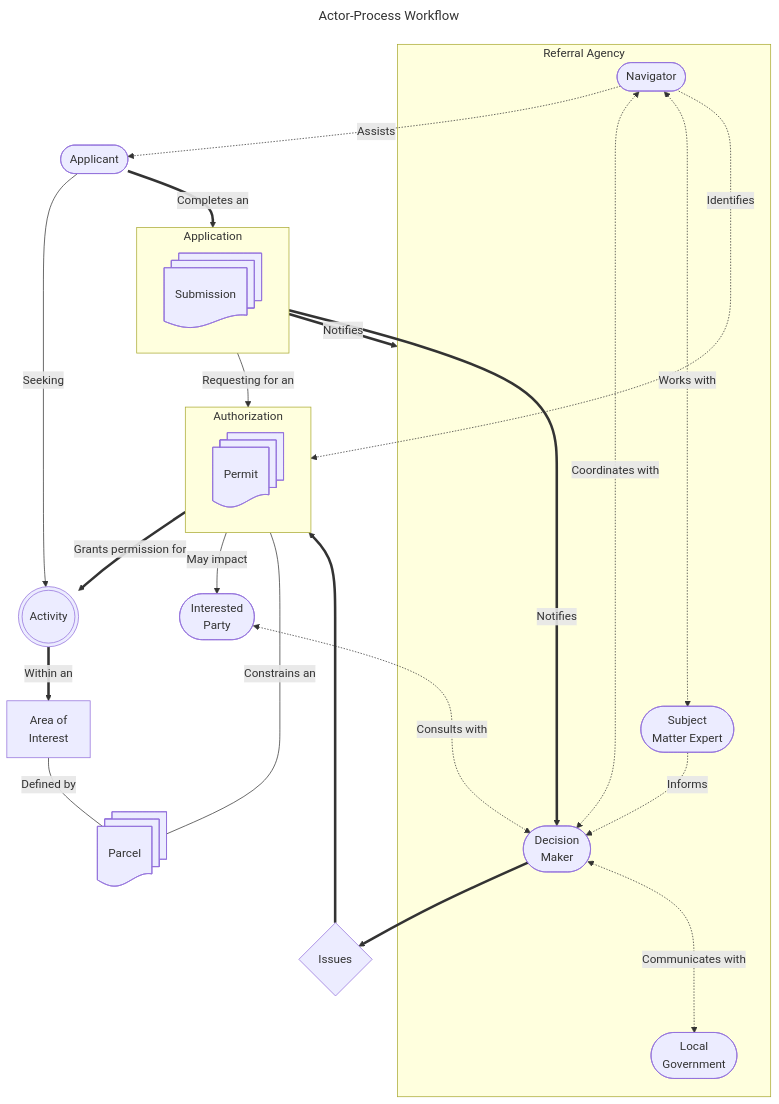
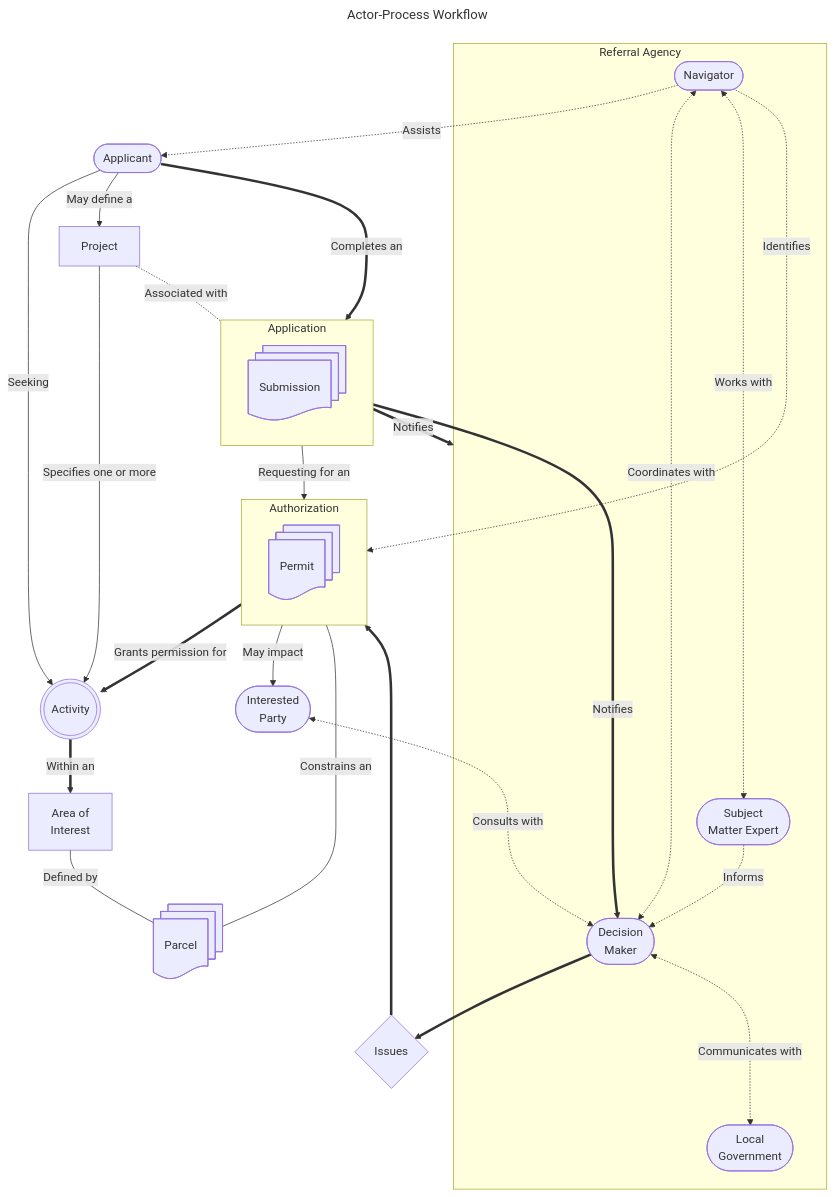
The first of 2 diagrams in docs/intro/terminology.md (bcgov/nr-pies), drawn with Mermaid before and after one commit. The commit also changed other lines of this file, not shown here.

First line of the commit message:
Update definitions of Project and Activity

````diff
--- a/docs/intro/terminology.md
+++ b/docs/intro/terminology.md
@@ -62,56 +62,59 @@
 ```mermaid
 ---
 title: Actor-Process Workflow
 ---
 %% v11 broke and made all links have arrow heads
 %% Ref: https://github.com/mermaid-js/mermaid/issues/5813
 flowchart TB
   Activity@{ shape: dbl-circ }
   Applicant@{ shape: stadium }
   AOI@{ shape: rect, label: "Area of
     Interest" }
   DM@{ shape: stadium, label: "Decision
     Maker" }
   IP@{ shape: stadium, label: "Interested
     Party" }
   Issues@{ shape: diamond }
   LG@{ shape: stadium, label: "Local
     Government" }
   Navigator@{ shape: stadium }
   Parcel@{ shape: docs }
   Permit@{ shape: docs }
   SME@{ shape: stadium, label: "Subject
     Matter Expert" }
   Submission@{ shape: docs }
 
   Activity ==>|Within an| AOI
   AOI ---|Defined by| Parcel
   Applicant -->|Seeking| Activity
+  Applicant -->|May define a| Project
   Applicant ==>|Completes an| Application
   Application -->|Requesting for an| Authorization
   Application ==>|Notifies| RA & DM
   Authorization ==>|Grants permission for| Activity
   Authorization -->|May impact| IP
   DM ==> Issues ==> Authorization
   DM <-..->|Communicates with| LG
   IP <-..->|Consults with| DM
   Navigator -.->|Identifies| Authorization
   Navigator -.->|Assists| Applicant
   Navigator <-.->|Coordinates with| DM
   Navigator <-.->|Works with| SME
+  Parcel ---|Constrains an| Authorization
+  Project -->|Specifies one or more| Activity
+  Project -.-|Associated with| Application
   SME -.->|Informs| DM
-  Parcel ---|Constrains an| Authorization
 
   subgraph Application
     Submission
   end
   subgraph Authorization
     Permit
   end
   subgraph RA[Referral Agency]
     DM
     LG
     Navigator
     SME
   end
 ```
````
